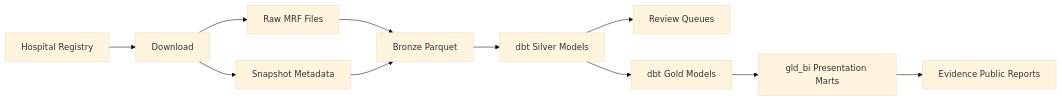
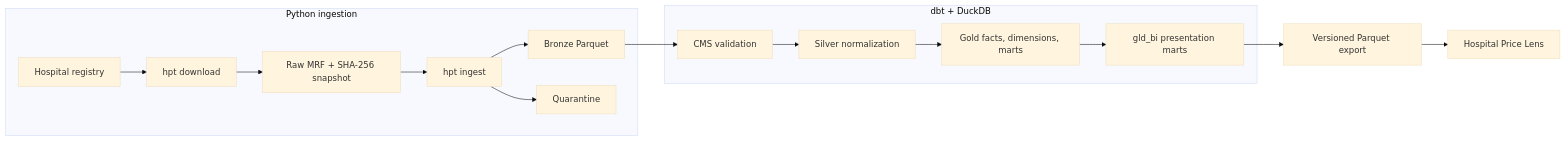
The diagram in README.md (jakegussler/hospital-price-transparency-analytics), drawn with Mermaid (base theme) before and after one commit. The commit also changed other lines of this file and 6 other files, not shown here.

````diff
--- a/README.md
+++ b/README.md
@@ -339,13 +60,20 @@
 ```mermaid
 flowchart LR
-  registry[Hospital Registry] --> download[Download]
-  download --> raw[Raw MRF Files]
-  download --> snapshots[Snapshot Metadata]
-  raw --> bronze[Bronze Parquet]
-  snapshots --> bronze
-  bronze --> silver[dbt Silver Models]
-  silver --> review[Review Queues]
-  silver --> gold[dbt Gold Models]
-  gold --> bi[gld_bi Presentation Marts]
-  bi --> evidence[Evidence Public Reports]
+  subgraph python[Python ingestion]
+    registry[Hospital registry] --> download[hpt download]
+    download --> raw[Raw MRF + SHA-256 snapshot]
+    raw --> ingest[hpt ingest]
+    ingest --> bronze[Bronze Parquet]
+    ingest --> quarantine[Quarantine]
+  end
+
+  subgraph warehouse[dbt + DuckDB]
+    bronze --> validation[CMS validation]
+    validation --> silver[Silver normalization]
+    silver --> gold[Gold facts, dimensions, marts]
+    gold --> bi[gld_bi presentation marts]
+  end
+
+  bi --> export[Versioned Parquet export]
+  export --> site[Hospital Price Lens]
 ```
````
